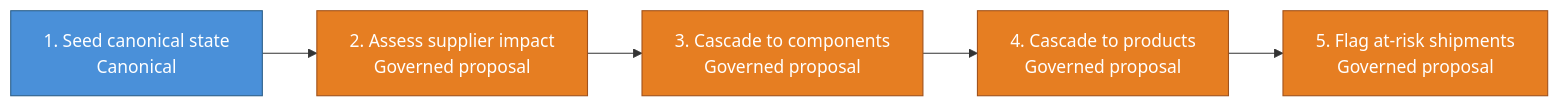
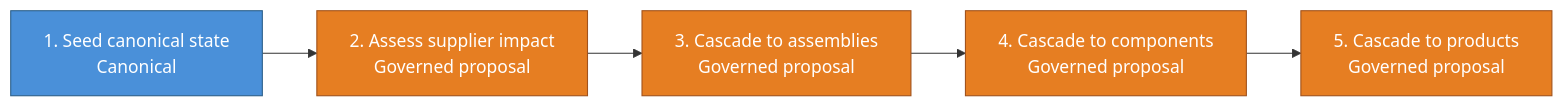
The second of 3 diagrams in kits/supply-chain-blast-radius/README.md (cruxible-ai/cruxible), drawn with Mermaid before and after one commit. The commit also changed other lines of this file and 2 other files, not shown here.

````diff
--- a/kits/supply-chain-blast-radius/README.md
+++ b/kits/supply-chain-blast-radius/README.md
@@ -69,17 +72,17 @@
 ```mermaid
 flowchart LR
   classDef canonicalWorkflow fill:#4a90d9,stroke:#2c5f8a,color:#fff
   classDef governedWorkflow fill:#e67e22,stroke:#a0521c,color:#fff
 
   workflow_pipeline_build_seed_state["1. Seed canonical state<br/>Canonical"]
   workflow_pipeline_propose_incident_impacts_supplier["2. Assess supplier impact<br/>Governed proposal"]
-  workflow_pipeline_propose_incident_impacts_component["3. Cascade to components<br/>Governed proposal"]
-  workflow_pipeline_propose_incident_impacts_product["4. Cascade to products<br/>Governed proposal"]
-  workflow_pipeline_propose_shipment_at_risk["5. Flag at-risk shipments<br/>Governed proposal"]
+  workflow_pipeline_propose_incident_impacts_assembly["3. Cascade to assemblies<br/>Governed proposal"]
+  workflow_pipeline_propose_incident_impacts_component["4. Cascade to components<br/>Governed proposal"]
+  workflow_pipeline_propose_incident_impacts_product["5. Cascade to products<br/>Governed proposal"]
   workflow_pipeline_build_seed_state --> workflow_pipeline_propose_incident_impacts_supplier
-  workflow_pipeline_propose_incident_impacts_supplier --> workflow_pipeline_propose_incident_impacts_component
+  workflow_pipeline_propose_incident_impacts_supplier --> workflow_pipeline_propose_incident_impacts_assembly
+  workflow_pipeline_propose_incident_impacts_assembly --> workflow_pipeline_propose_incident_impacts_component
   workflow_pipeline_propose_incident_impacts_component --> workflow_pipeline_propose_incident_impacts_product
-  workflow_pipeline_propose_incident_impacts_product --> workflow_pipeline_propose_shipment_at_risk
   class workflow_pipeline_build_seed_state canonicalWorkflow
-  class workflow_pipeline_propose_incident_impacts_supplier,workflow_pipeline_propose_incident_impacts_component,workflow_pipeline_propose_incident_impacts_product,workflow_pipeline_propose_shipment_at_risk governedWorkflow
+  class workflow_pipeline_propose_incident_impacts_supplier,workflow_pipeline_propose_incident_impacts_assembly,workflow_pipeline_propose_incident_impacts_component,workflow_pipeline_propose_incident_impacts_product governedWorkflow
 ```
````
